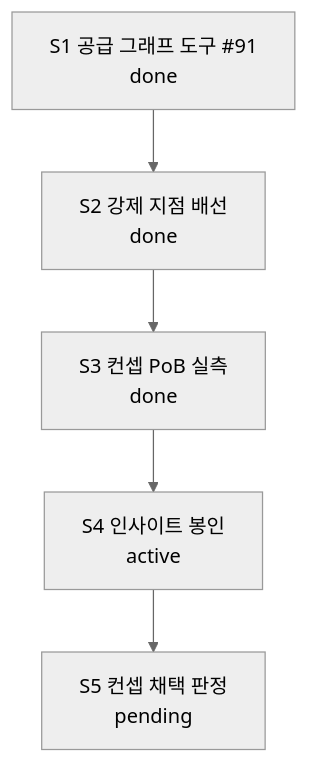
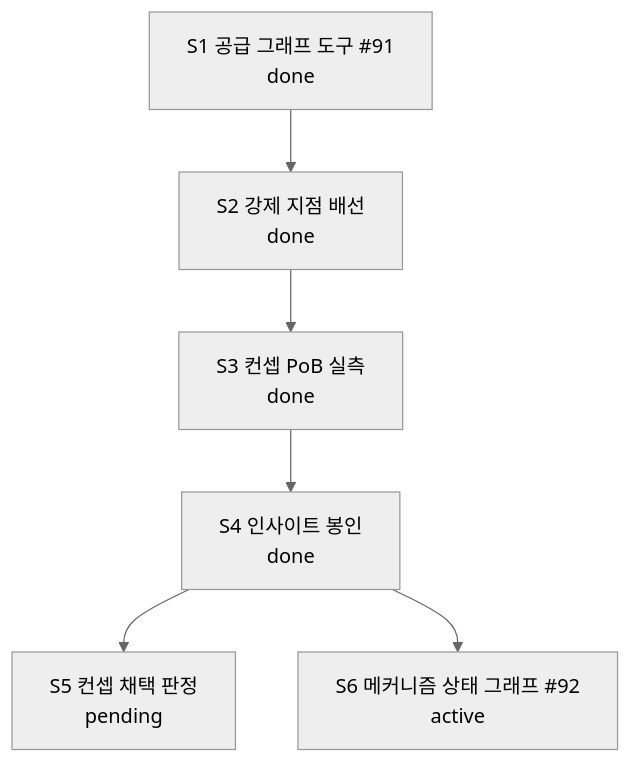
One commit to skerfolg/poe2-ai-wiki changed the diagram in docs/CURRENT-PLAN.md. Above: the diagram before and after it, drawn with Mermaid (neutral theme). The commit also changed other lines of this file and 8 other files, not shown here.

First line of the commit message:
#92 1차 구현 — 메커니즘 상태 그래프 (scan_state_edges/trace_mechanism_chains)

````diff
--- a/docs/CURRENT-PLAN.md
+++ b/docs/CURRENT-PLAN.md
@@ -22,9 +22,11 @@
 ```mermaid
 flowchart TD
   TOOL["S1 공급 그래프 도구 #91<br/>done"]
   WIRE["S2 강제 지점 배선<br/>done"]
   MEASURE["S3 컨셉 PoB 실측<br/>done"]
-  SEAL["S4 인사이트 봉인<br/>active"]
+  SEAL["S4 인사이트 봉인<br/>done"]
   VERDICT["S5 컨셉 채택 판정<br/>pending"]
+  MECH["S6 메커니즘 상태 그래프 #92<br/>active"]
   TOOL --> WIRE --> MEASURE --> SEAL --> VERDICT
+  SEAL --> MECH
 ```
````
